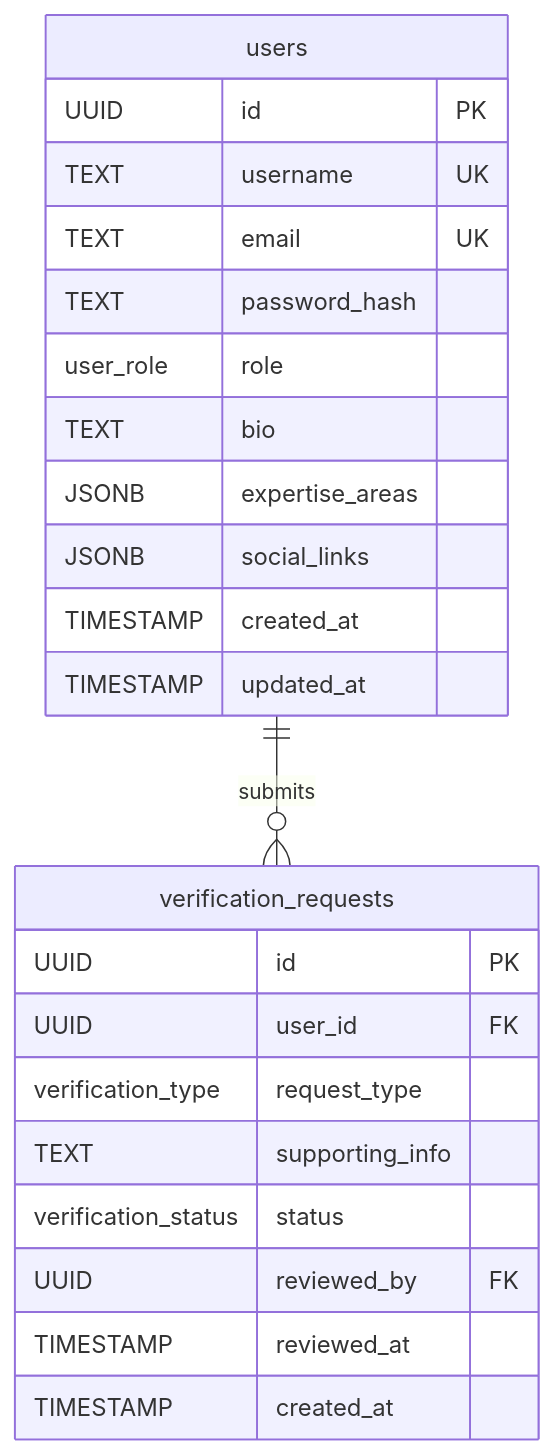
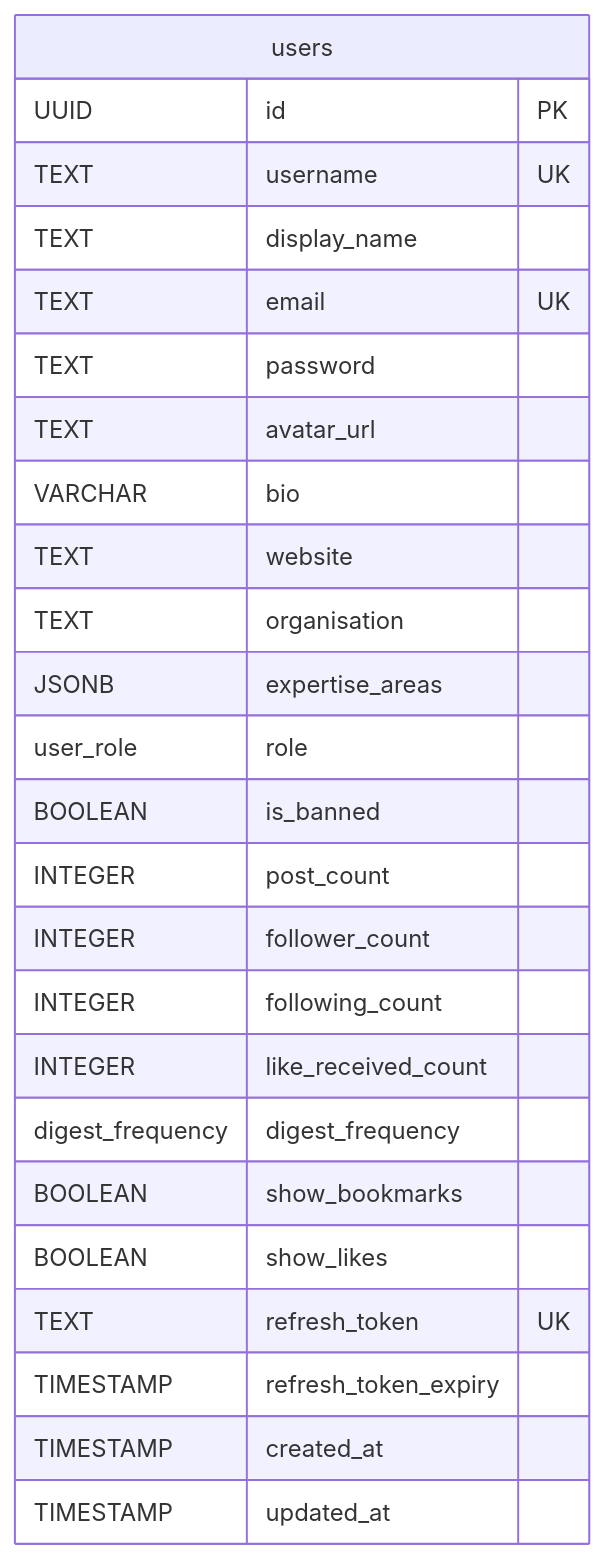
Before and after one commit to AET-DevOps26/team-colleague-md: the diagram in docs/database/user_service_schema.md, drawn with Mermaid. The commit also changed other lines of this file and 6 other files, not shown here.

First line of the commit message:
docs: refine service data schemas and align project scope design

````diff
--- a/docs/database/user_service_schema.md
+++ b/docs/database/user_service_schema.md
@@ -69,28 +76,28 @@
 ```mermaid
 erDiagram
     users {
         UUID id PK
         TEXT username UK
+        TEXT display_name
         TEXT email UK
-        TEXT password_hash
+        TEXT password
+        TEXT avatar_url
+        VARCHAR bio
+        TEXT website
+        TEXT organisation
+        JSONB expertise_areas
         user_role role
-        TEXT bio
-        JSONB expertise_areas
-        JSONB social_links
+        BOOLEAN is_banned
+        INTEGER post_count
+        INTEGER follower_count
+        INTEGER following_count
+        INTEGER like_received_count
+        digest_frequency digest_frequency
+        BOOLEAN show_bookmarks
+        BOOLEAN show_likes
+        TEXT refresh_token UK
+        TIMESTAMP refresh_token_expiry
         TIMESTAMP created_at
         TIMESTAMP updated_at
     }
-
-    verification_requests {
-        UUID id PK
-        UUID user_id FK
-        verification_type request_type
-        TEXT supporting_info
-        verification_status status
-        UUID reviewed_by FK
-        TIMESTAMP reviewed_at
-        TIMESTAMP created_at
-    }
-
-    users ||--o{ verification_requests : "submits"
 ```
````
